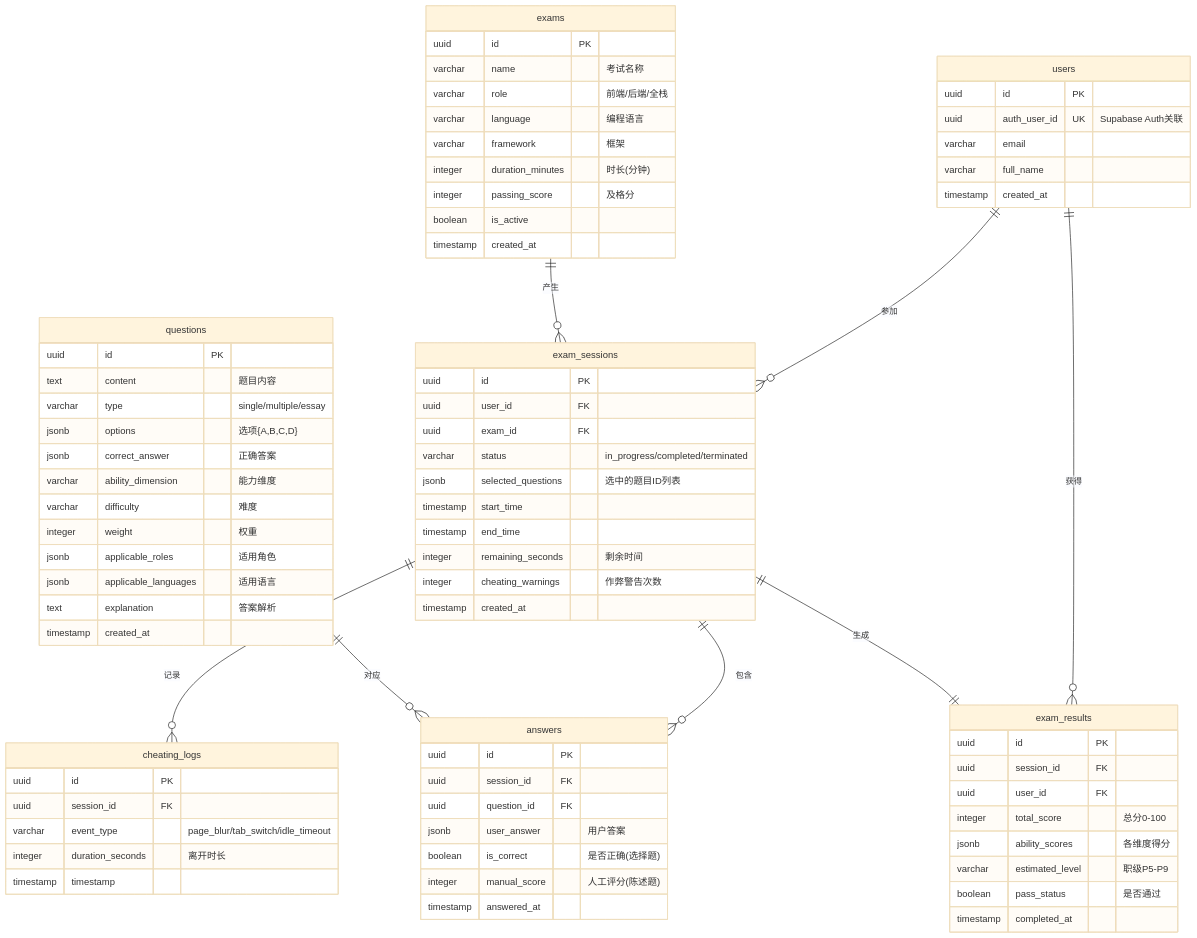
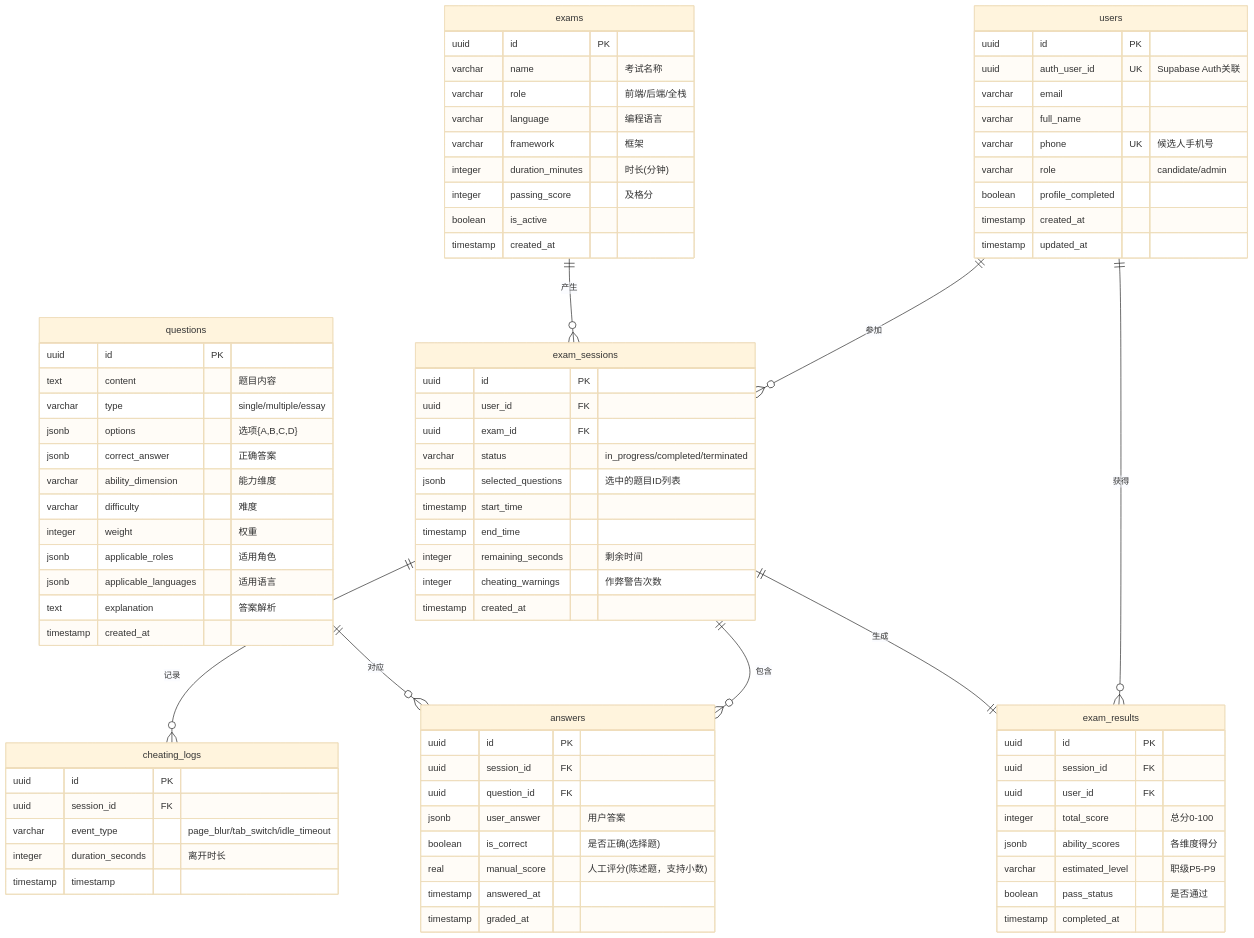
One commit to huajune/tech-eval changed the diagram in docs/数据库Schema设计.md. Above: the diagram before and after it, drawn with Mermaid (base theme). The commit also changed other lines of this file and 39 other files, not shown here.

```diff
--- a/docs/数据库Schema设计.md
+++ b/docs/数据库Schema设计.md
@@ -22,7 +22,11 @@
         uuid auth_user_id UK "Supabase Auth关联"
         varchar email
         varchar full_name
+        varchar phone UK "候选人手机号"
+        varchar role "candidate/admin"
+        boolean profile_completed
         timestamp created_at
+        timestamp updated_at
     }
 
     exams {
@@ -71,8 +75,9 @@
         uuid question_id FK
         jsonb user_answer "用户答案"
         boolean is_correct "是否正确(选择题)"
-        integer manual_score "人工评分(陈述题)"
+        real manual_score "人工评分(陈述题，支持小数)"
         timestamp answered_at
+        timestamp graded_at
     }
 
     cheating_logs {
```
